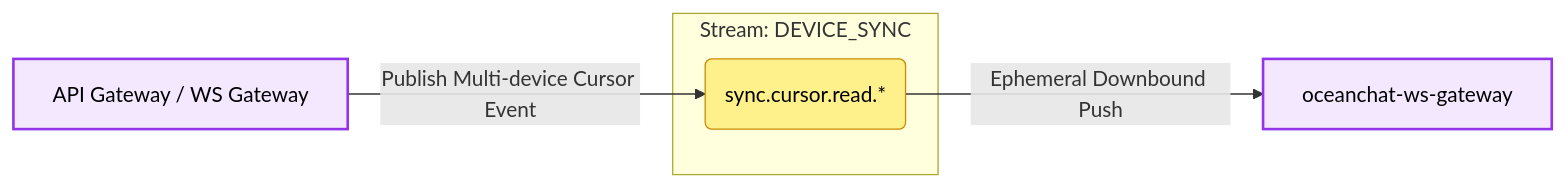
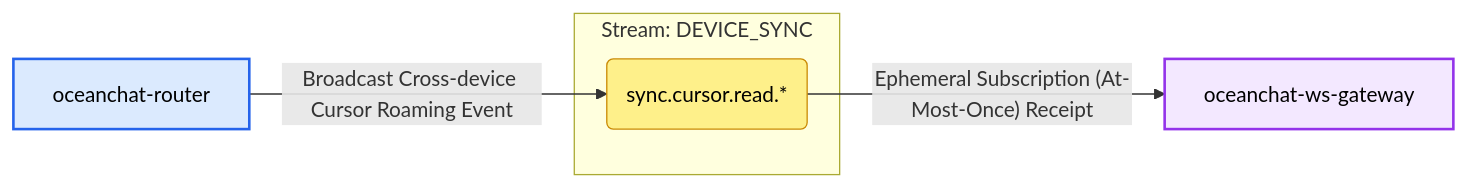
One commit to JamesWilson19970101/ocean.chat.docs changed diagram 12 of 12 in docs/devdocs/jetstream-strategy.md. Above: the diagram before and after it, drawn with Mermaid. The commit also changed other lines of this file and 5 other files, not shown here.

First line of the commit message:
docs(architecture): update JetStream strategy, microservices and ADRs

````diff
--- a/docs/devdocs/jetstream-strategy.md
+++ b/docs/devdocs/jetstream-strategy.md
@@ -543,15 +530,16 @@
 ```mermaid
 flowchart LR
   classDef gateway fill:#f3e8ff,stroke:#9333ea,stroke-width:2px,color:#000;
+  classDef service fill:#dbeafe,stroke:#2563eb,stroke-width:2px,color:#000;
   classDef subject fill:#fef08a,stroke:#ca8a04,stroke-width:1px,color:#000;
 
-  P[API Gateway / WS Gateway]:::gateway
+  P[oceanchat-router]:::service
   C[oceanchat-ws-gateway]:::gateway
 
   subgraph Stream: DEVICE_SYNC
     SUB(sync.cursor.read.*):::subject
   end
 
-  P -- Publish Multi-device Cursor Event --> SUB
-  SUB -- Ephemeral Downbound Push --> C
+  P -- Broadcast Cross-device Cursor Roaming Event --> SUB
+  SUB -- Ephemeral Subscription (At-Most-Once) Receipt --> C
 ```
````
